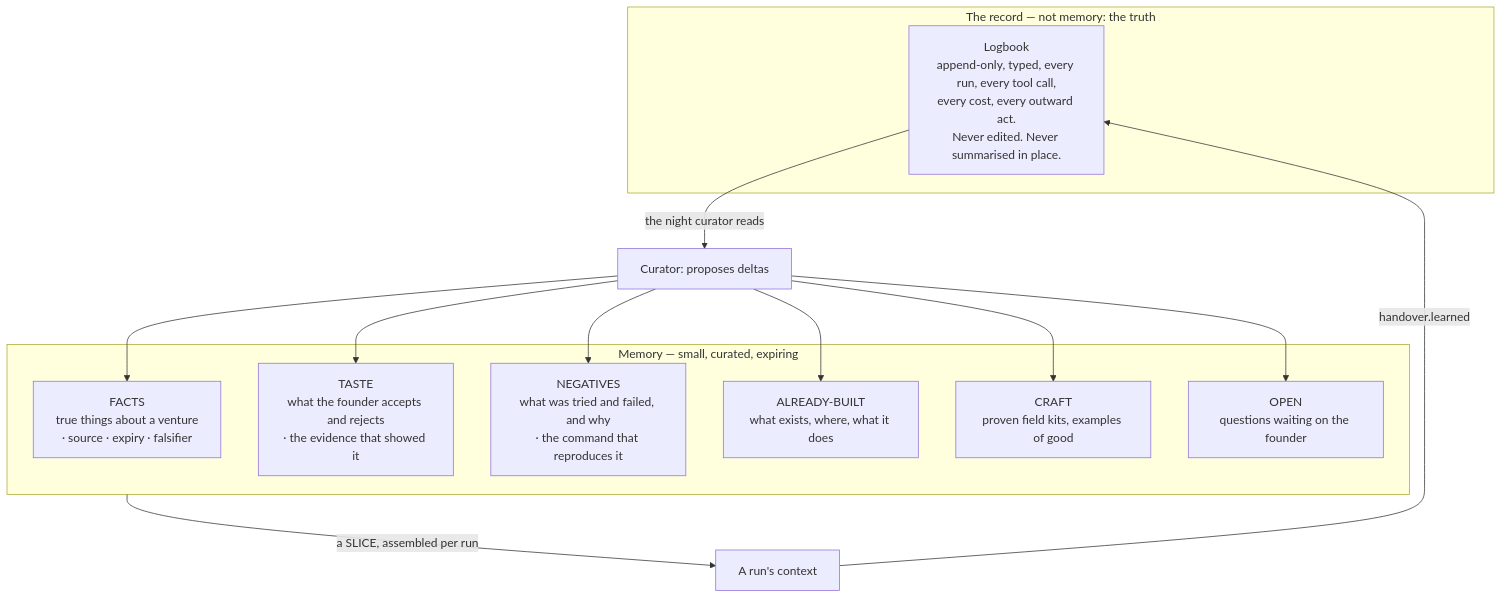
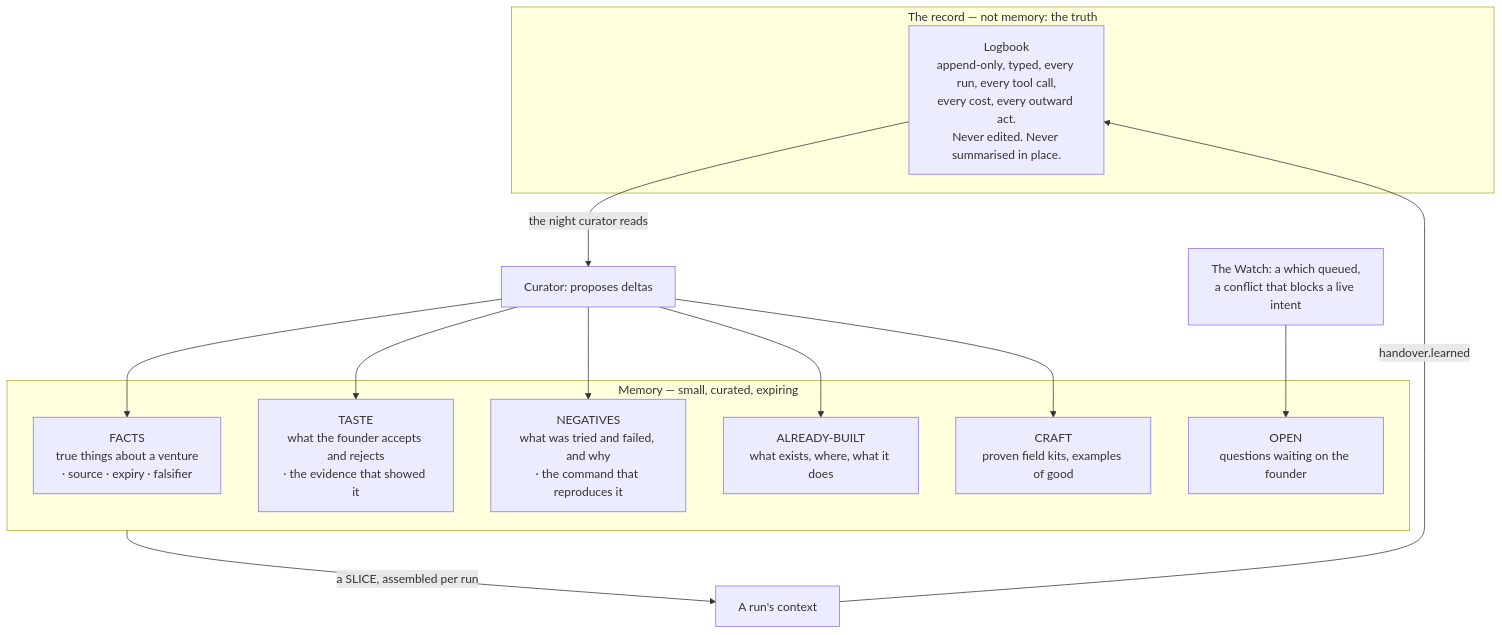
Diagram 18 of 27 in docs/03-system-design/final/FINAL-PLAN.md (Adam077K/agentvibe), drawn with Mermaid before and after one commit. The commit also changed other lines of this file and 2 other files, not shown here.

````diff
--- a/docs/03-system-design/final/FINAL-PLAN.md
+++ b/docs/03-system-design/final/FINAL-PLAN.md
@@ -1355,18 +1376,19 @@
 ```mermaid
 flowchart TB
     subgraph RECORD["The record — not memory: the truth"]
         LOG["Logbook<br/>append-only, typed, every run, every tool call,<br/>every cost, every outward act.<br/>Never edited. Never summarised in place."]
     end
     subgraph MEM["Memory — small, curated, expiring"]
         F["FACTS<br/>true things about a venture<br/>· source · expiry · falsifier"]
         T["TASTE<br/>what the founder accepts and rejects<br/>· the evidence that showed it"]
         N["NEGATIVES<br/>what was tried and failed, and why<br/>· the command that reproduces it"]
         B["ALREADY-BUILT<br/>what exists, where, what it does"]
         C["CRAFT<br/>proven field kits, examples of good"]
         O["OPEN<br/>questions waiting on the founder"]
     end
     LOG -->|"the night curator reads"| CUR["Curator: proposes deltas"]
-    CUR --> F & T & N & B & C & O
+    CUR --> F & T & N & B & C
+    WATCH["The Watch: a which queued,\na conflict that blocks a live intent"] --> O
     MEM -->|"a SLICE, assembled per run"| RUN["A run's context"]
     RUN -->|"handover.learned"| LOG
 ```
````
